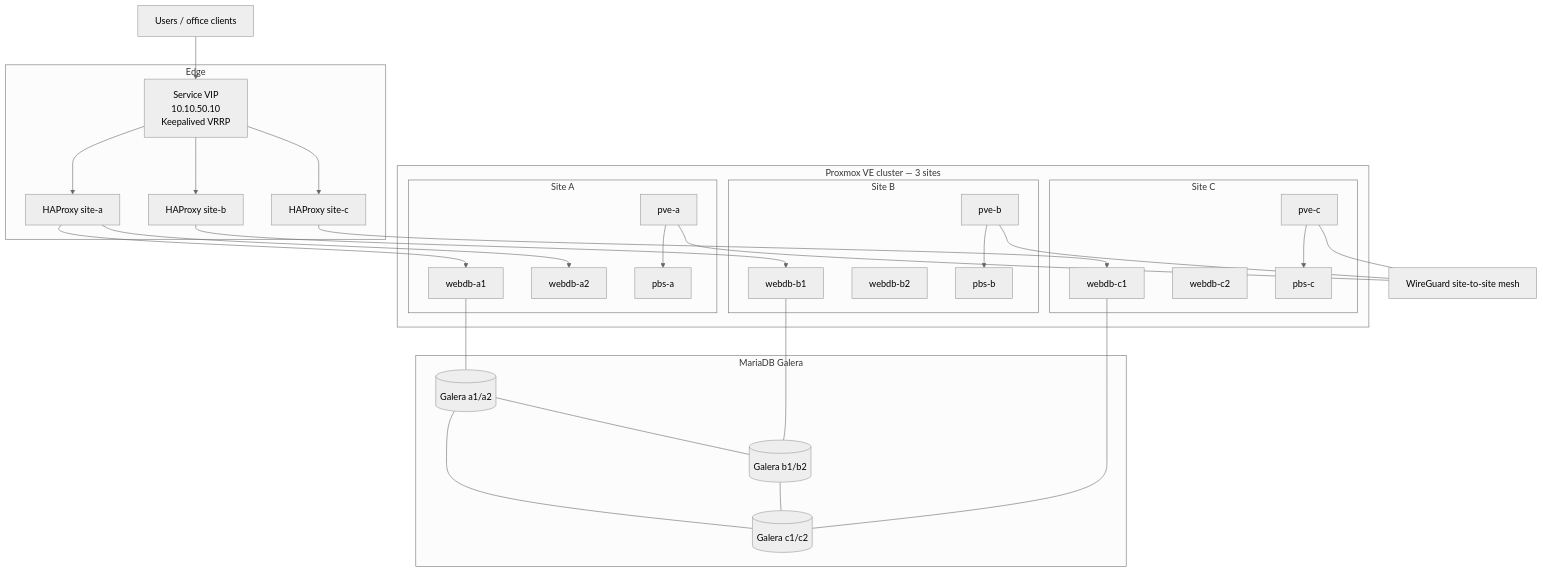
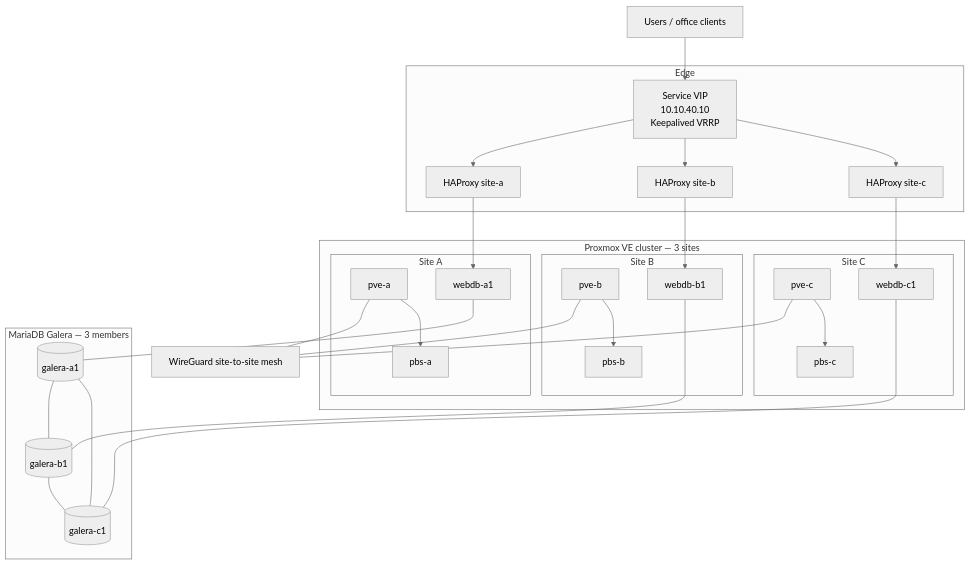
The diagram in README.md (AgustinRH/proxmox-ha-lab), drawn with Mermaid (neutral theme) before and after one commit. The commit also changed 3 other files, not shown here.

First line of the commit message:
fix: align VIP in Mermaid, drop unverified sizes, tighten anonymization.

````diff
--- a/README.md
+++ b/README.md
@@ -11,61 +11,57 @@
 ```mermaid
 flowchart TB
   users[Users / office clients]
 
   subgraph edge [Edge]
-    VIP["Service VIP<br/>10.10.50.10<br/>Keepalived VRRP"]
+    VIP["Service VIP<br/>10.10.40.10<br/>Keepalived VRRP"]
     HAP_A[HAProxy site-a]
     HAP_B[HAProxy site-b]
     HAP_C[HAProxy site-c]
     VIP --> HAP_A
     VIP --> HAP_B
     VIP --> HAP_C
   end
 
   subgraph sites [Proxmox VE cluster — 3 sites]
     subgraph sa [Site A]
       PVE_A[pve-a]
       WEB_A1[webdb-a1]
-      WEB_A2[webdb-a2]
       PBS_A[pbs-a]
     end
     subgraph sb [Site B]
       PVE_B[pve-b]
       WEB_B1[webdb-b1]
-      WEB_B2[webdb-b2]
       PBS_B[pbs-b]
     end
     subgraph sc [Site C]
       PVE_C[pve-c]
       WEB_C1[webdb-c1]
-      WEB_C2[webdb-c2]
       PBS_C[pbs-c]
     end
   end
 
-  subgraph data [MariaDB Galera]
-    G1[(Galera a1/a2)]
-    G2[(Galera b1/b2)]
-    G3[(Galera c1/c2)]
+  subgraph data [MariaDB Galera — 3 members]
+    G1[(galera-a1)]
+    G2[(galera-b1)]
+    G3[(galera-c1)]
   end
 
   WG[WireGuard site-to-site mesh]
 
   users --> VIP
   HAP_A --> WEB_A1
-  HAP_A --> WEB_A2
   HAP_B --> WEB_B1
   HAP_C --> WEB_C1
   WEB_A1 --- G1
   WEB_B1 --- G2
   WEB_C1 --- G3
   G1 --- G2
   G2 --- G3
   G3 --- G1
   PVE_A --- WG
   PVE_B --- WG
   PVE_C --- WG
   PVE_A --> PBS_A
   PVE_B --> PBS_B
   PVE_C --> PBS_C
 ```
````
